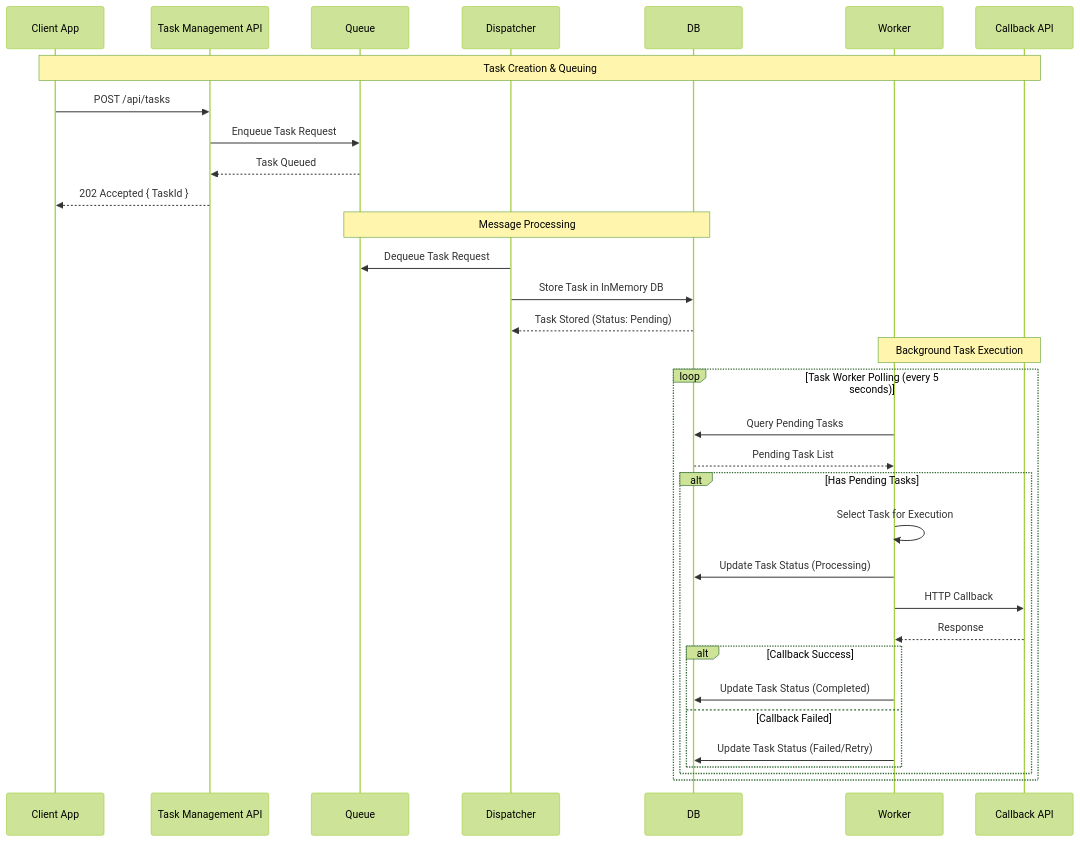
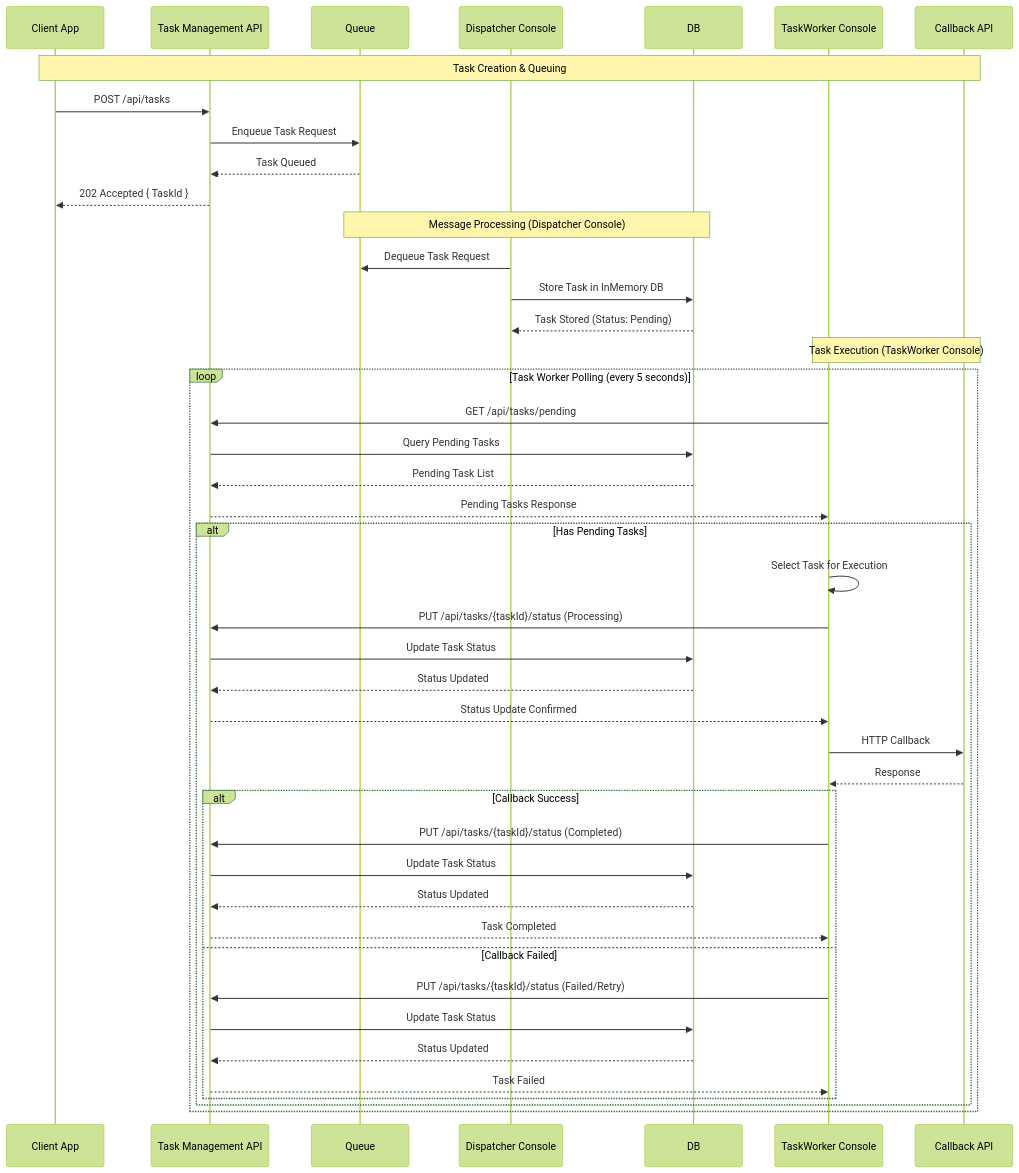
Before and after one commit to yaochangyu/eventbus-platform: the third of 9 diagrams in .specs/design.md, drawn with Mermaid (forest theme). The commit also changed other lines of this file and 8 other files, not shown here.

Commit message:
✨ feat(src/be/EventBus.Platform.TaskWorker): 新增 TaskWorker 控制台應用程式以處理任務執行及回調功能

````diff
--- a/.specs/design.md
+++ b/.specs/design.md
@@ -285,38 +468,49 @@
 ```mermaid
 sequenceDiagram
     participant Client as Client App
     participant API as Task Management API
     participant Queue as Queue
-    participant Dispatcher as Dispatcher
+    participant Dispatcher as Dispatcher Console
     participant DB as DB
-    participant Worker as Worker
+    participant Worker as TaskWorker Console
     participant External as Callback API
 
     Note over Client,External: Task Creation & Queuing
     Client->>API: POST /api/tasks
     API->>Queue: Enqueue Task Request
     Queue-->>API: Task Queued
     API-->>Client: 202 Accepted { TaskId }
 
-    Note over Queue,DB: Message Processing
+    Note over Queue,DB: Message Processing (Dispatcher Console)
     Dispatcher->>Queue: Dequeue Task Request
     Dispatcher->>DB: Store Task in InMemory DB
     DB-->>Dispatcher: Task Stored (Status: Pending)
 
-    Note over Worker,External: Background Task Execution
+    Note over Worker,External: Task Execution (TaskWorker Console)
     loop Task Worker Polling (every 5 seconds)
-        Worker->>DB: Query Pending Tasks
-        DB-->>Worker: Pending Task List
+        Worker->>API: GET /api/tasks/pending
+        API->>DB: Query Pending Tasks
+        DB-->>API: Pending Task List
+        API-->>Worker: Pending Tasks Response
         alt Has Pending Tasks
             Worker->>Worker: Select Task for Execution
-            Worker->>DB: Update Task Status (Processing)
+            Worker->>API: PUT /api/tasks/{taskId}/status (Processing)
+            API->>DB: Update Task Status
+            DB-->>API: Status Updated
+            API-->>Worker: Status Update Confirmed
             Worker->>External: HTTP Callback
             External-->>Worker: Response
             alt Callback Success
-                Worker->>DB: Update Task Status (Completed)
+                Worker->>API: PUT /api/tasks/{taskId}/status (Completed)
+                API->>DB: Update Task Status
+                DB-->>API: Status Updated
+                API-->>Worker: Task Completed
             else Callback Failed
-                Worker->>DB: Update Task Status (Failed/Retry)
+                Worker->>API: PUT /api/tasks/{taskId}/status (Failed/Retry)
+                API->>DB: Update Task Status
+                DB-->>API: Status Updated
+                API-->>Worker: Task Failed
             end
         end
     end
 ```
````
